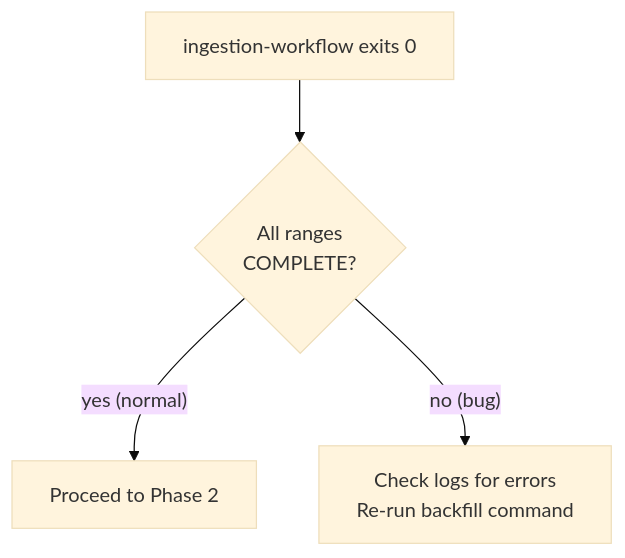
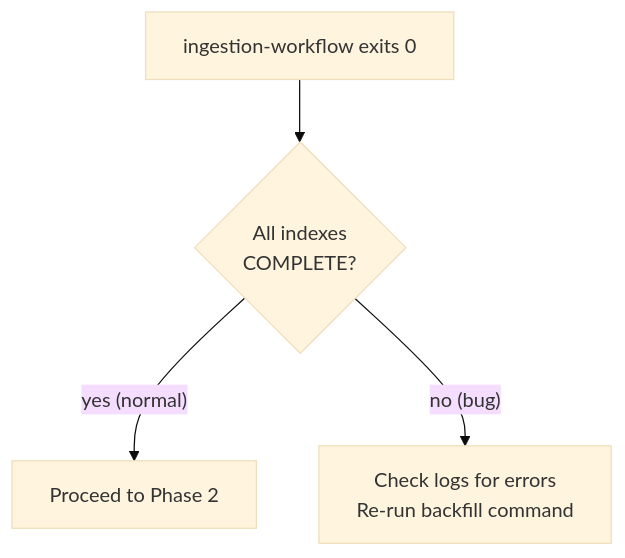
The second of 2 diagrams in full-history/design-docs/13-recommended-operator-approach.md (stellar/stellar-rpc), drawn with Mermaid (base theme) before and after one commit. The commit also changed other lines of this file, not shown here.

````diff
--- a/full-history/design-docs/13-recommended-operator-approach.md
+++ b/full-history/design-docs/13-recommended-operator-approach.md
@@ -173,6 +173,6 @@
 ```mermaid
 flowchart TD
-    A["ingestion-workflow exits 0"] --> B{"All ranges\nCOMPLETE?"}
+    A["ingestion-workflow exits 0"] --> B{"All indexes\nCOMPLETE?"}
     B -->|"yes (normal)"| C["Proceed to Phase 2"]
     B -->|"no (bug)"| D["Check logs for errors\nRe-run backfill command"]
 ```
````
